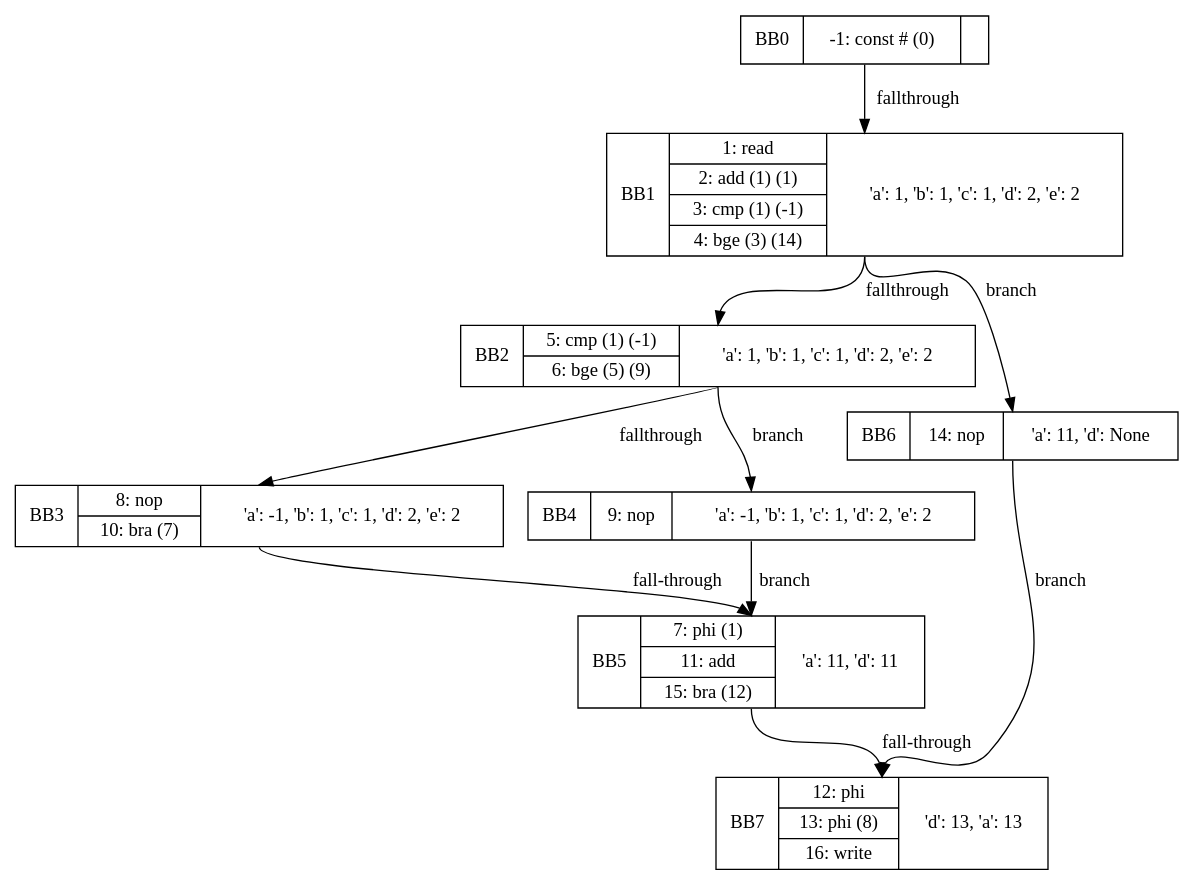
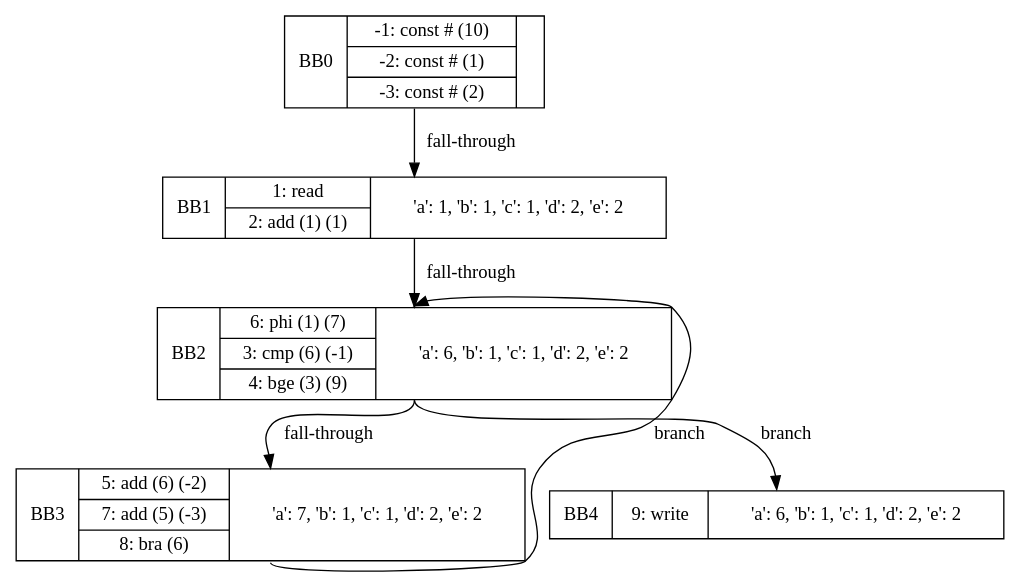
Before and after one commit to mahbub-hr/compiler_cs241: the diagram in Project3/src/main/graph.dot, drawn with Graphviz. The commit also changed 7 other files, not shown here.

```diff
--- a/Project3/src/main/graph.dot
+++ b/Project3/src/main/graph.dot
@@ -1,19 +1,12 @@
 digraph G{
-bb0[shape=record, label="<b>BB0|{-1: const # (0) }|{}"];
-bb1[shape=record, label="<b>BB1|{1: read  |2: add (1) (1)|3: cmp (1) (-1)|4: bge (3) (14)}|{'a': 1, 'b': 1, 'c': 1, 'd': 2, 'e': 2}"];
-bb2[shape=record, label="<b>BB2|{5: cmp (1) (-1)|6: bge (5) (9)}|{'a': 1, 'b': 1, 'c': 1, 'd': 2, 'e': 2}"];
-bb3[shape=record, label="<b>BB3|{8: nop  |10: bra (7) }|{'a': -1, 'b': 1, 'c': 1, 'd': 2, 'e': 2}"];
-bb4[shape=record, label="<b>BB4|{9: nop  }|{'a': -1, 'b': 1, 'c': 1, 'd': 2, 'e': 2}"];
-bb5[shape=record, label="<b>BB5|{7: phi  (1)|11: add  |15: bra (12) }|{'a': 11, 'd': 11}"];
-bb6[shape=record, label="<b>BB6|{14: nop  }|{'a': 11, 'd': None}"];
-bb7[shape=record, label="<b>BB7|{12: phi  |13: phi  (8)|16: write  }|{'d': 13, 'a': 13}"];
-bb0:s->bb1:n[label="fallthrough"];
-bb1:s->bb2:n[label="fallthrough"];
-bb1:s->bb6:n[label="branch"];
-bb2:s->bb3:n[label="fallthrough"];
+bb0[shape=record, label="<b>BB0|{-1: const # (10) |-2: const # (1) |-3: const # (2) }|{}"];
+bb1[shape=record, label="<b>BB1|{1: read  |2: add (1) (1)}|{'a': 1, 'b': 1, 'c': 1, 'd': 2, 'e': 2}"];
+bb2[shape=record, label="<b>BB2|{6: phi (1) (7)|3: cmp (6) (-1)|4: bge (3) (9)}|{'a': 6, 'b': 1, 'c': 1, 'd': 2, 'e': 2}"];
+bb3[shape=record, label="<b>BB3|{5: add (6) (-2)|7: add (5) (-3)|8: bra (6) }|{'a': 7, 'b': 1, 'c': 1, 'd': 2, 'e': 2}"];
+bb4[shape=record, label="<b>BB4|{9: write  }|{'a': 6, 'b': 1, 'c': 1, 'd': 2, 'e': 2}"];
+bb0:s->bb1:n[label="fall-through"];
+bb1:s->bb2:n[label="fall-through"];
+bb2:s->bb3:n[label="fall-through"];
 bb2:s->bb4:n[label="branch"];
-bb3:s->bb5:n[label="fall-through"];
-bb4:s->bb5:n[label="branch"];
-bb5:s->bb7:n[label="fall-through"];
-bb6:s->bb7:n[label="branch"];
+bb3:s->bb2:n[label="branch"];
 }
```
